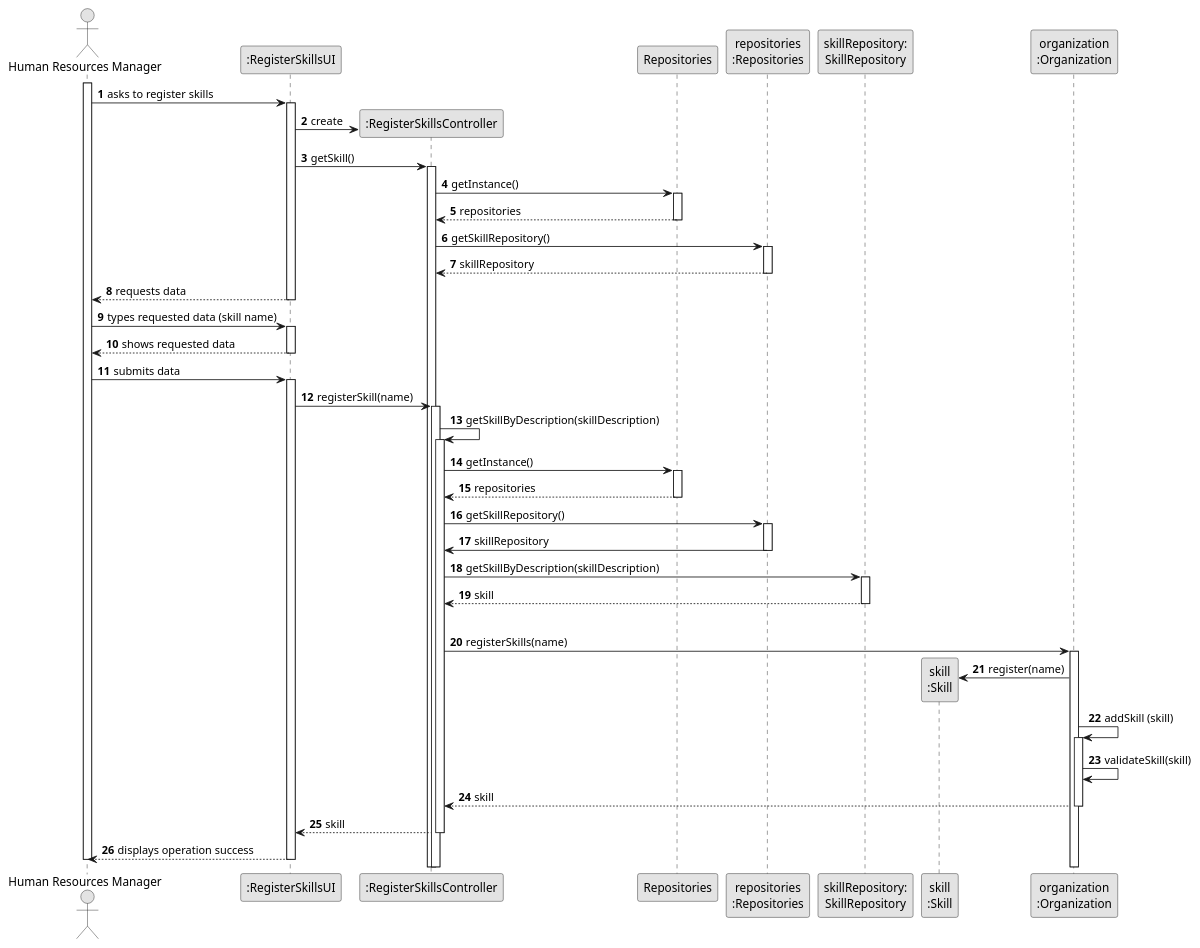
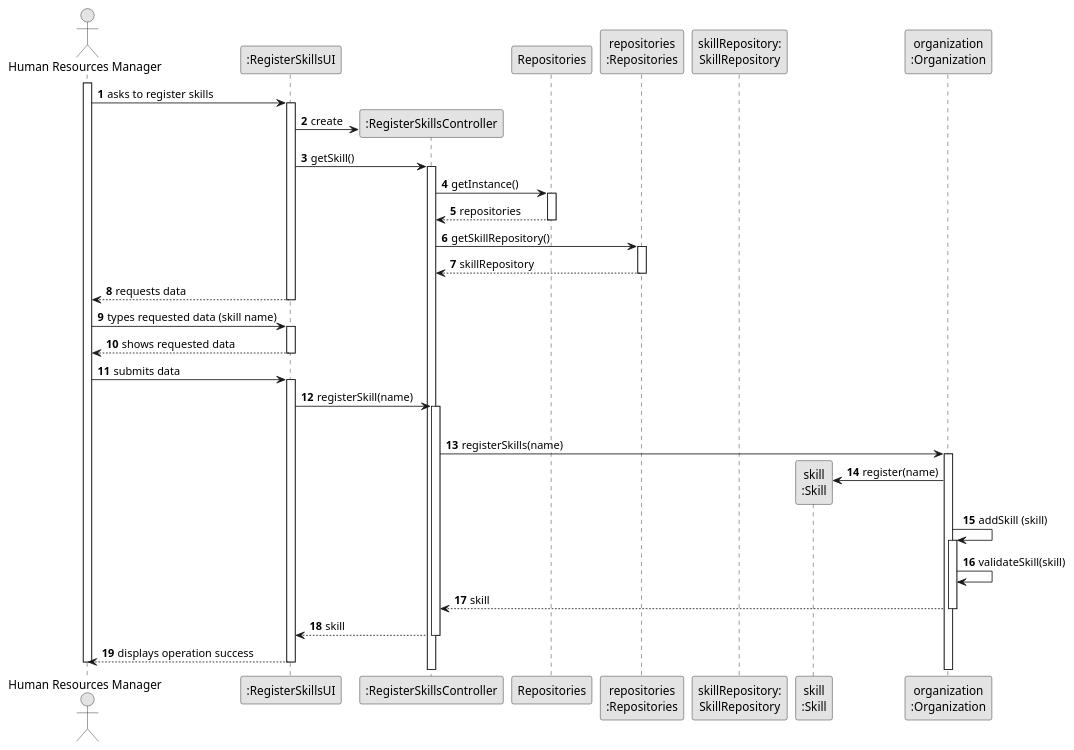
The diagram in docs/sprintB/us001/03.design/puml/us001-sequence-diagram-full.puml (Departamento-de-Engenharia-Informatica/lei-24-s2-1dl-g121), drawn with PlantUML before and after one commit. The commit also changed 4 other files, not shown here.

Commit message:
changes in SkillRepository.java, Skill class and in us01. US08 sd created.

```diff
--- a/docs/sprintB/us001/03.design/puml/us001-sequence-diagram-full.puml
+++ b/docs/sprintB/us001/03.design/puml/us001-sequence-diagram-full.puml
@@ -1,168 +1,168 @@
 @startuml
 skinparam monochrome true
 skinparam packageStyle rectangle
 skinparam shadowing false
 
 autonumber
 
 'hide footbox
 actor "Human Resources Manager" as ADM
 participant ":RegisterSkillsUI" as UI
 participant ":RegisterSkillsController" as CTRL
 participant "Repositories" as RepositorySingleton
 participant "repositories\n:Repositories" as PLAT
 participant "skillRepository:\nSkillRepository" as SkillRepository
 participant "skill\n:Skill" as SKILL
 participant "organization\n:Organization" as ORG
 
 activate ADM
 
         ADM -> UI : asks to register skills
 
         activate UI
 
 
             UI -> CTRL** : create
 
             UI -> CTRL : getSkill()
             activate CTRL
 
                 CTRL -> RepositorySingleton : getInstance()
                 activate RepositorySingleton
 
                     RepositorySingleton --> CTRL: repositories
                 deactivate RepositorySingleton
 
                 CTRL -> PLAT : getSkillRepository()
                 activate PLAT
 
                     PLAT --> CTRL: skillRepository
                 deactivate PLAT
 
 '                CTRL -> SkillRepository : getSkill()
 '                activate SkillRepository
 '
 '                    SkillRepository --> CTRL : skillCategoryList
 '                deactivate SkillRepository
 '
 '                CTRL --> UI : skillCategoryList
 '            deactivate CTRL
 '
 '            UI --> ADM : shows skill category list\n and asks to select one
 '        deactivate UI
 '
 '    ADM -> UI : selects a skill category
 '    activate UI
 
         UI --> ADM : requests data
     deactivate UI
 
     ADM -> UI : types requested data (skill name)
     activate UI
 
         UI --> ADM : shows requested data
     deactivate UI
 
     ADM -> UI : submits data
     activate UI
 
         UI -> CTRL : registerSkill(name)
         activate CTRL
 
-            CTRL -> CTRL : getSkillByDescription(skillDescription)
-            activate CTRL
+'            CTRL -> CTRL : getSkillByDescription(skillDescription)
+'            activate CTRL
 
-                CTRL -> RepositorySingleton : getInstance()
-                activate RepositorySingleton
-
-                    RepositorySingleton --> CTRL: repositories
-                deactivate RepositorySingleton
-
-                CTRL -> PLAT : getSkillRepository()
-                activate PLAT
-
-                    PLAT -> CTRL : skillRepository
-                deactivate PLAT
-
-                CTRL -> SkillRepository : getSkillByDescription(skillDescription)
-                activate SkillRepository
-
-                   SkillRepository --> CTRL : skill
-                deactivate SkillRepository
+'                CTRL -> RepositorySingleton : getInstance()
+'                activate RepositorySingleton
+'
+'                    RepositorySingleton --> CTRL: repositories
+'                deactivate RepositorySingleton
+'
+'                CTRL -> PLAT : getSkillRepository()
+'                activate PLAT
+'
+'                    PLAT -> CTRL : skillRepository
+'                deactivate PLAT
+'
+'                CTRL -> SkillRepository : getSkillByDescription(skillDescription)
+'                activate SkillRepository
+'
+'                   SkillRepository --> CTRL : skill
+'                deactivate SkillRepository
 '                    CTRL --> CTRL : skillCategory
 '            deactivate CTRL
 '            |||
 '            CTRL -> CTRL : getEmployeeFromSession()
 '            activate CTRL
 '
 ''                CTRL -> _APP: getInstance()
 '                'activate _APP
 '                 '   _APP -> CTRL: appSession
 '                'deactivate _APP
 '
 '
 '                'CTRL -> APP: getCurrentSession()
 '               ' activate APP
 '
 '                  '  APP --> CTRL: currentSession
 '                'deactivate APP
 '
 ''                CTRL -> SESSAO: email = getUserEmail()
 ''                'activate SESSAO
 ''
 ''                    SESSAO --> CTRL: email
 ''                'activate SESSAO
 '
 '
 '                CTRL -> PLAT: getOrganizationRepository(email)
 '                activate PLAT
 '
 '                    PLAT --> CTRL: organizationRepository
 '                deactivate PLAT
 '
 '
 '                CTRL -> OrganizationRepository: getOrganizationByEmployeeEmail(email)
 '                activate OrganizationRepository
 '
 '                    loop [for each organization
 '                        OrganizationRepository -> ORG : anyEmployeeHasEmail(email)
 '                        activate ORG
 '
 '                             ORG --> OrganizationRepository : true/false
 '                        deactivate ORG
 '                    end
 '                    OrganizationRepository --> CTRL : organization
 '                deactivate OrganizationRepository
 '
 '                CTRL -> ORG: getEmployeeByEmail(email)
 '                activate ORG
 '
 '                    ORG --> CTRL : employee
 '                deactivate ORG
 '
 '                CTRL --> CTRL : employee
 '            deactivate CTRL
 
             |||
             CTRL -> ORG: registerSkills(name)
             activate ORG
 
                 ORG -> SKILL**: register(name)
                 ORG -> ORG: addSkill (skill)
 
 
                 activate ORG
                     ORG -> ORG: validateSkill(skill)
 
                 ORG --> CTRL : skill
 
             deactivate ORG
 
             CTRL --> UI: skill
             deactivate CTRL
             UI --> ADM: displays operation success
     deactivate UI
 
 deactivate ADM
 
 @enduml
```
